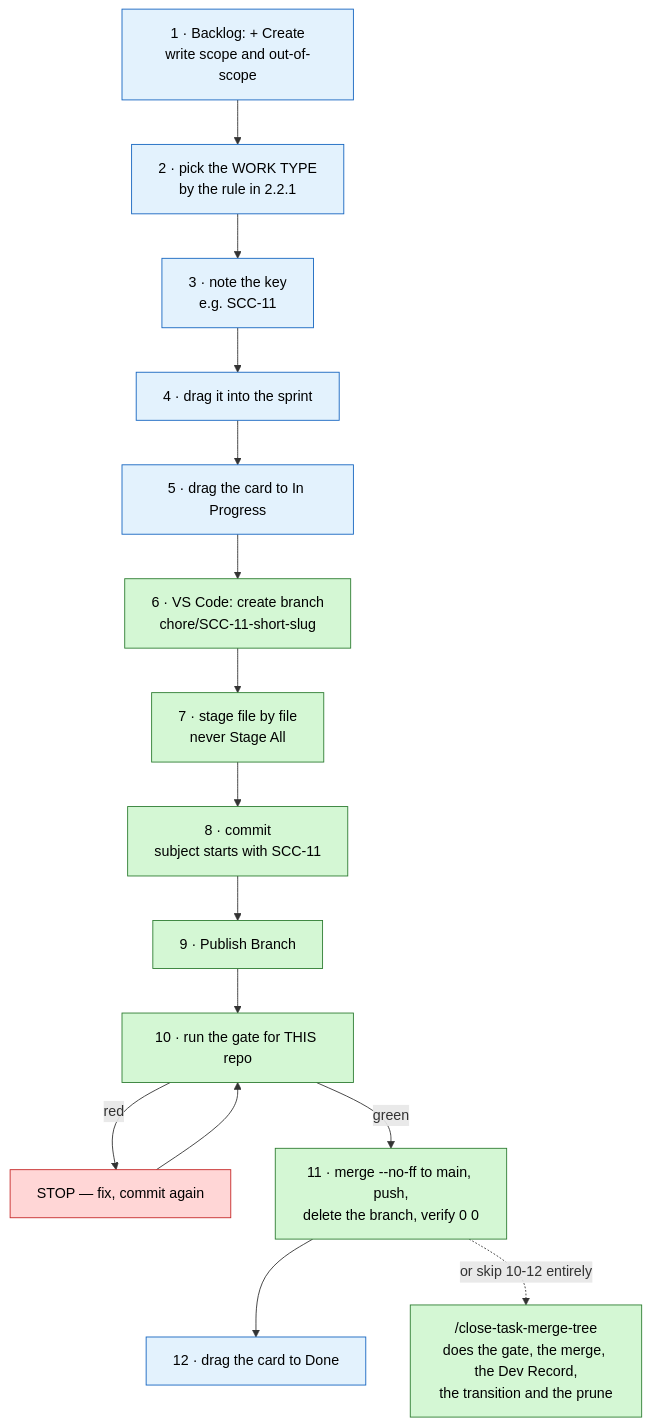
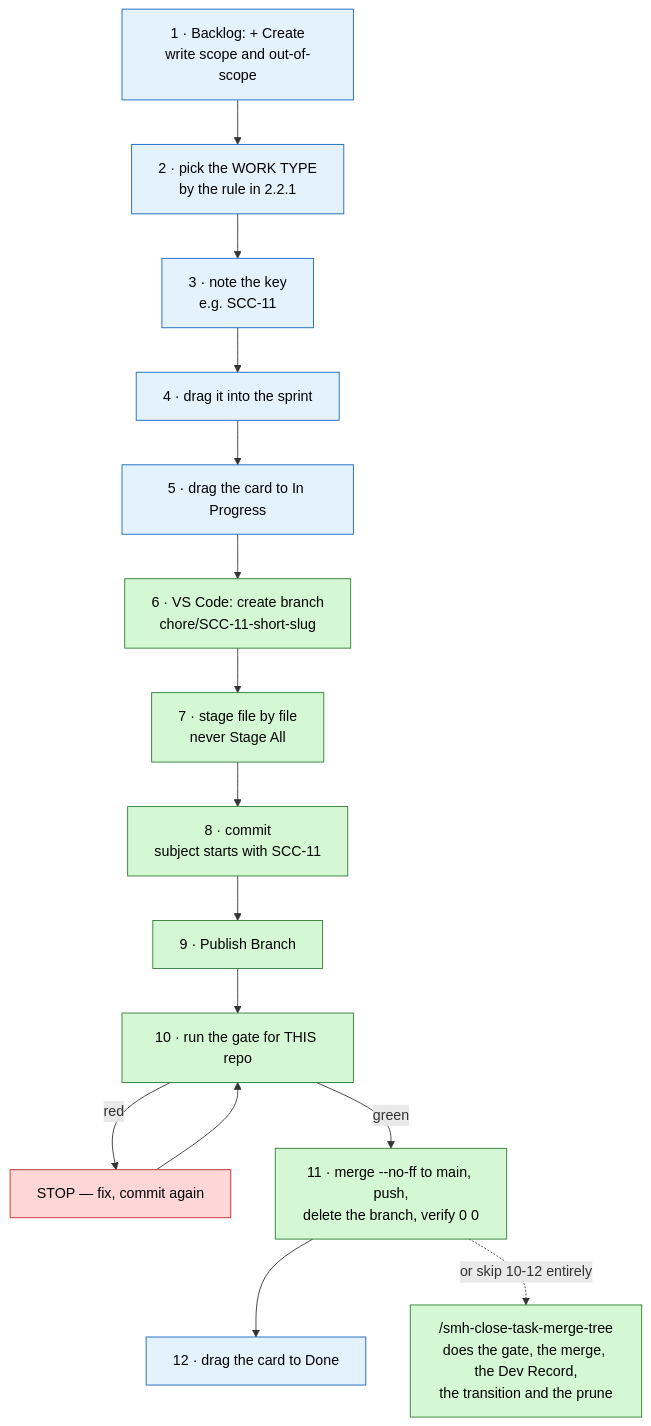
One commit to sudomadhatter/Sudo_Hatter_Command changed the fifth of 5 diagrams in _my_resources/_quick_reference/jira_manual.md. Above: the diagram before and after it, drawn with Mermaid. The commit also changed other lines of this file and 402 other files, not shown here.

````diff
--- a/_my_resources/_quick_reference/jira_manual.md
+++ b/_my_resources/_quick_reference/jira_manual.md
@@ -518,24 +518,24 @@
 ```mermaid
 flowchart TD
     A["1 · Backlog: + Create\nwrite scope and out-of-scope"] --> A2["2 · pick the WORK TYPE\nby the rule in 2.2.1"]
     A2 --> B["3 · note the key\ne.g. SCC-11"]
     B --> C["4 · drag it into the sprint"]
     C --> D["5 · drag the card to In Progress"]
     D --> E["6 · VS Code: create branch\nchore/SCC-11-short-slug"]
     E --> F["7 · stage file by file\nnever Stage All"]
     F --> G["8 · commit\nsubject starts with SCC-11"]
     G --> H["9 · Publish Branch"]
     H --> I["10 · run the gate for THIS repo"]
     I -->|"red"| J["STOP — fix, commit again"]
     J --> I
     I -->|"green"| K["11 · merge --no-ff to main, push,\ndelete the branch, verify 0 0"]
     K --> L["12 · drag the card to Done"]
-    K -.->|"or skip 10-12 entirely"| CMD["/close-task-merge-tree\ndoes the gate, the merge, the Dev Record,\nthe transition and the prune"]
+    K -.->|"or skip 10-12 entirely"| CMD["/smh-close-task-merge-tree\ndoes the gate, the merge, the Dev Record,\nthe transition and the prune"]
 
     classDef mine fill:#e3f2fd,stroke:#1565c0,color:#000
     classDef good fill:#d4f7d4,stroke:#2e7d32,color:#000
     classDef bad fill:#ffd6d6,stroke:#c62828,color:#000
     class A,A2,B,C,D,L mine
     class E,F,G,H,I,K,CMD good
     class J bad
 ```
````
